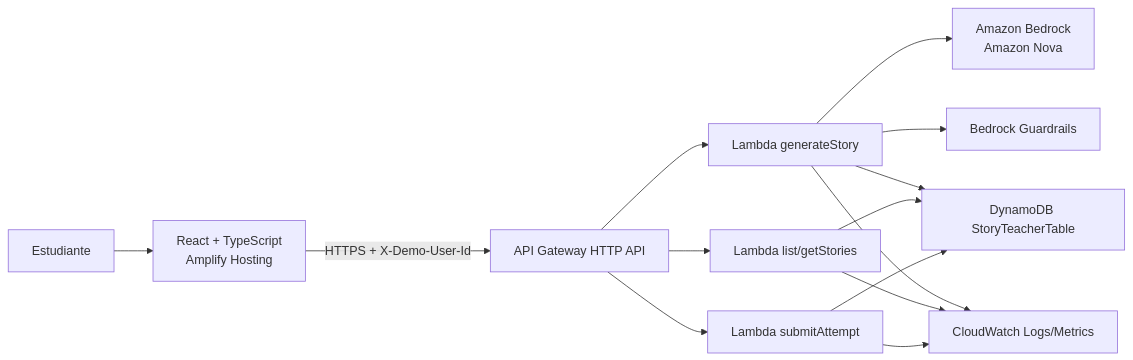
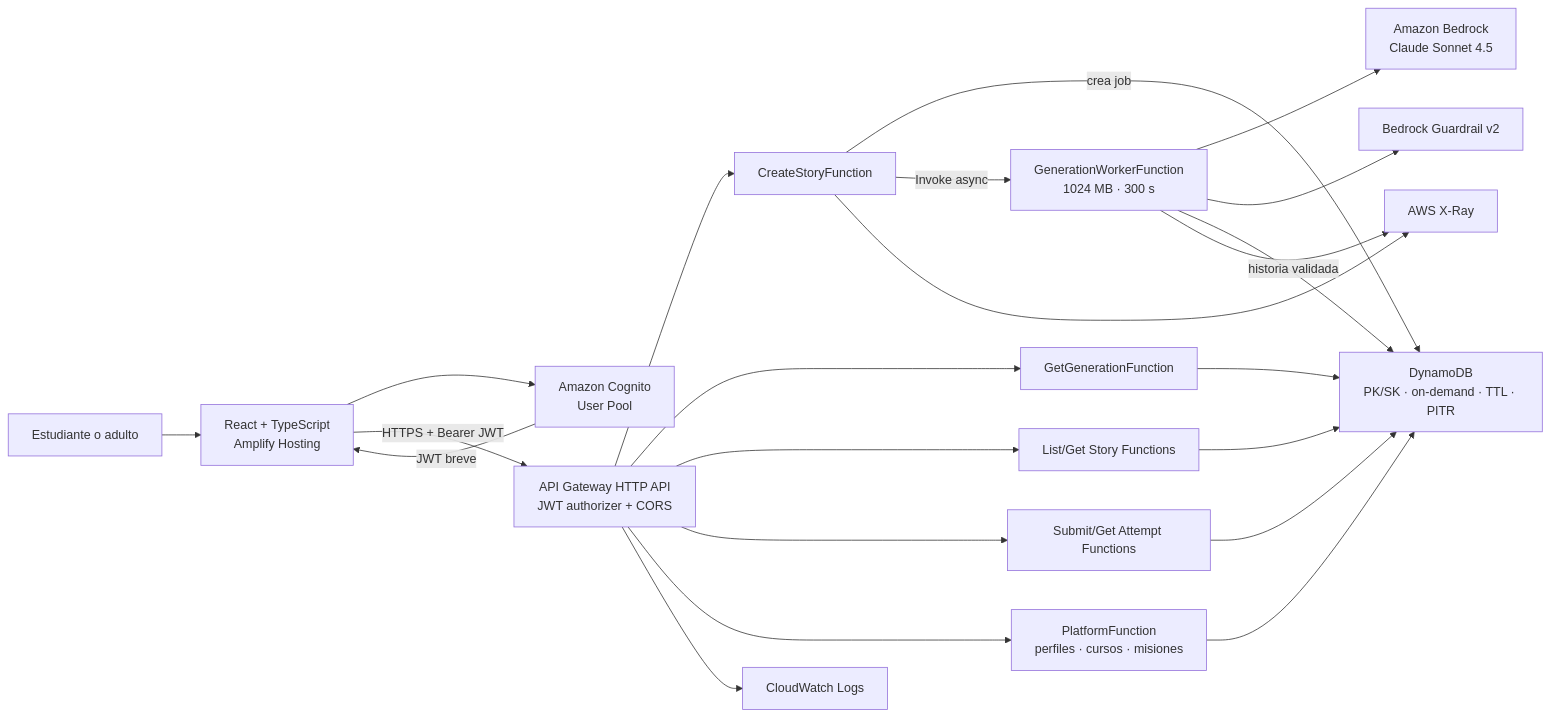
The first of 2 diagrams in docs/02_ARQUITECTURA_API_DATOS.md (TheChosenOneReturns/LUMITEACHER), drawn with Mermaid before and after one commit. The commit also changed other lines of this file and 4 other files, not shown here.

````diff
--- a/docs/02_ARQUITECTURA_API_DATOS.md
+++ b/docs/02_ARQUITECTURA_API_DATOS.md
@@ -10,16 +11,27 @@
 ```mermaid
 flowchart LR
-  U["Estudiante"] --> F["React + TypeScript\nAmplify Hosting"]
-  F -->|"HTTPS + X-Demo-User-Id"| A["API Gateway HTTP API"]
-  A --> G["Lambda generateStory"]
-  A --> L["Lambda list/getStories"]
-  A --> Q["Lambda submitAttempt"]
-  G --> B["Amazon Bedrock\nAmazon Nova"]
-  G --> R["Bedrock Guardrails"]
-  G --> D["DynamoDB StoryTeacherTable"]
-  L --> D
-  Q --> D
-  G --> C["CloudWatch Logs/Metrics"]
-  L --> C
-  Q --> C
+  U["Estudiante o adulto"] --> F["React + TypeScript\nAmplify Hosting"]
+  F --> COG["Amazon Cognito\nUser Pool"]
+  COG -->|"JWT breve"| F
+  F -->|"HTTPS + Bearer JWT"| API["API Gateway HTTP API\nJWT authorizer + CORS"]
+
+  API --> CS["CreateStoryFunction"]
+  CS -->|"crea job"| D["DynamoDB\nPK/SK · on-demand · TTL · PITR"]
+  CS -->|"Invoke async"| GW["GenerationWorkerFunction\n1024 MB · 300 s"]
+  GW --> BR["Amazon Bedrock\nClaude Sonnet 4.5"]
+  GW --> GR["Bedrock Guardrail v2"]
+  GW -->|"historia validada"| D
+
+  API --> GG["GetGenerationFunction"]
+  API --> LS["List/Get Story Functions"]
+  API --> AT["Submit/Get Attempt Functions"]
+  API --> PF["PlatformFunction\nperfiles · cursos · misiones"]
+  GG --> D
+  LS --> D
+  AT --> D
+  PF --> D
+
+  API --> CW["CloudWatch Logs"]
+  CS --> XR["AWS X-Ray"]
+  GW --> XR
 ```
````
